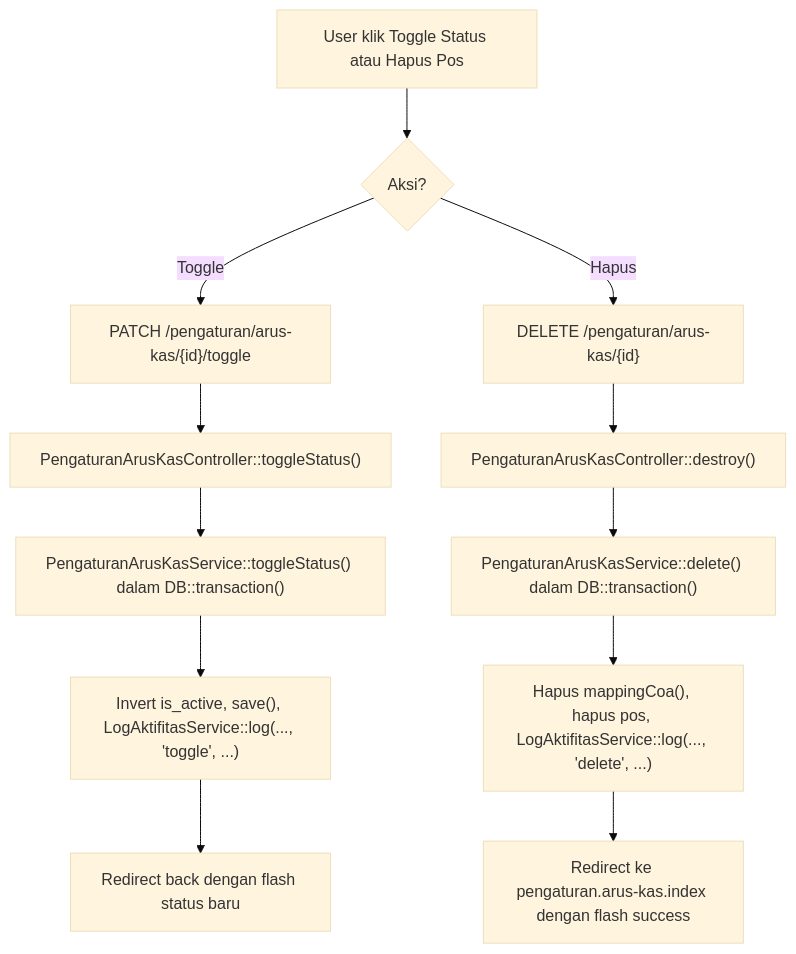
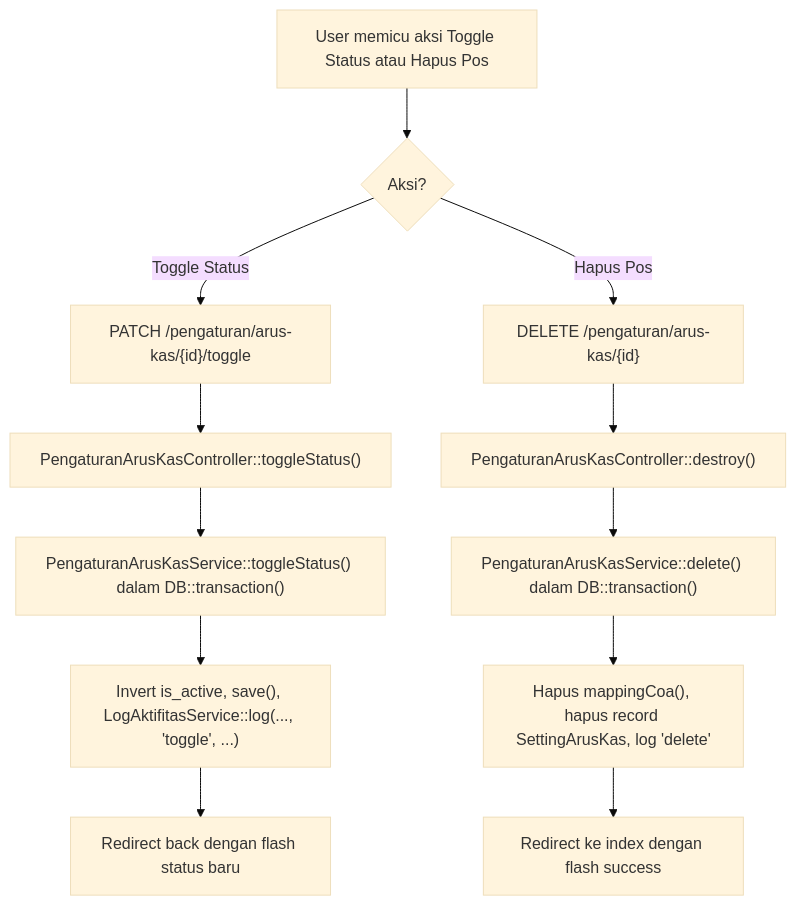
One commit to AltamaSidoarjo/laravel-siakurat-pt-smt changed the fourth of 6 diagrams in dokumentasi/pengaturan-arus-kas.md. Above: the diagram before and after it, drawn with Mermaid (base theme). The commit also changed other lines of this file and 1 other file, not shown here.

Commit message:
docs(arus-kas): update documentation for pengaturan arus kas and referensi kelompok arus kas

````diff
--- a/dokumentasi/pengaturan-arus-kas.md
+++ b/dokumentasi/pengaturan-arus-kas.md
@@ -224,14 +280,14 @@
 ```mermaid
 flowchart TD
-    A["User klik Toggle Status atau Hapus Pos"] --> B{"Aksi?"}
-    B -- Toggle --> C["PATCH /pengaturan/arus-kas/{id}/toggle"]
+    A["User memicu aksi Toggle Status atau Hapus Pos"] --> B{"Aksi?"}
+    B -- Toggle Status --> C["PATCH /pengaturan/arus-kas/{id}/toggle"]
     C --> D["PengaturanArusKasController::toggleStatus()"]
     D --> E["PengaturanArusKasService::toggleStatus() dalam DB::transaction()"]
     E --> F["Invert is_active, save(), LogAktifitasService::log(..., 'toggle', ...)"]
     F --> G["Redirect back dengan flash status baru"]
-    B -- Hapus --> H["DELETE /pengaturan/arus-kas/{id}"]
+    B -- Hapus Pos --> H["DELETE /pengaturan/arus-kas/{id}"]
     H --> I["PengaturanArusKasController::destroy()"]
     I --> J["PengaturanArusKasService::delete() dalam DB::transaction()"]
-    J --> K["Hapus mappingCoa(), hapus pos, LogAktifitasService::log(..., 'delete', ...)"]
-    K --> L["Redirect ke pengaturan.arus-kas.index dengan flash success"]
+    J --> K["Hapus mappingCoa(), hapus record SettingArusKas, log 'delete'"]
+    K --> L["Redirect ke index dengan flash success"]
 ```
````
